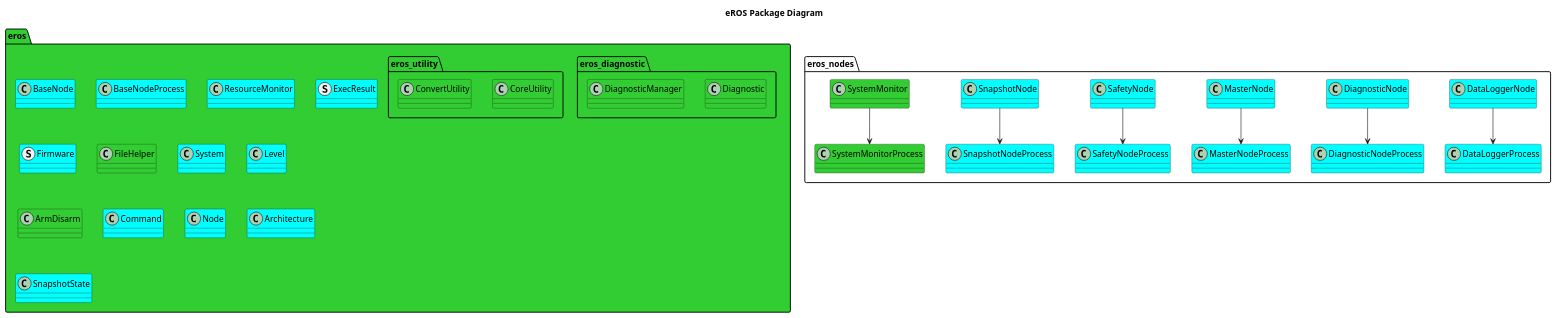
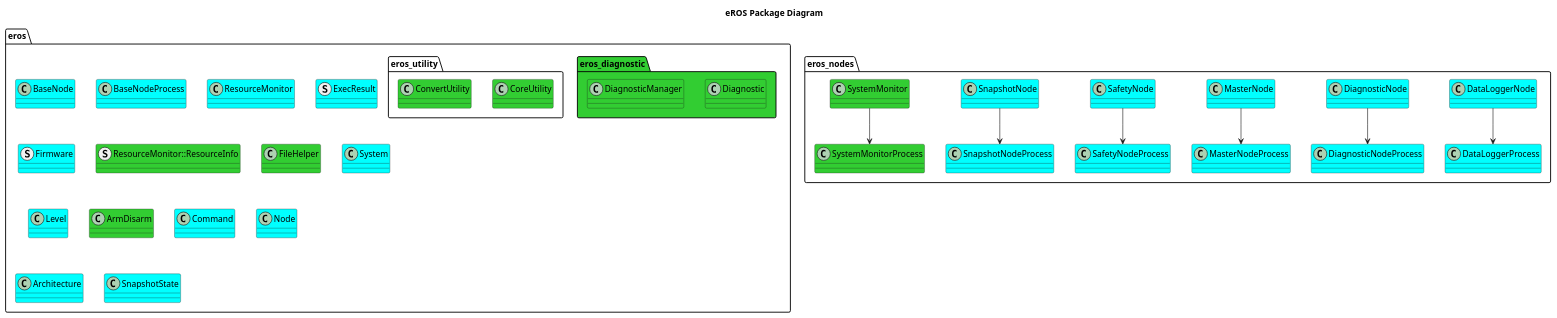
One commit to dgitz/eros changed the diagram in doc/EROSPackageDiagram.puml. Above: the diagram before and after it, drawn with PlantUML. The commit also changed 8 other files, not shown here.

```diff
--- a/doc/EROSPackageDiagram.puml
+++ b/doc/EROSPackageDiagram.puml
@@ -1,49 +1,49 @@
 @startuml
 title eROS Package Diagram
-package eros #LimeGreen {
+package eros {
     class BaseNode #Cyan
     class BaseNodeProcess #Cyan
-    
     class ResourceMonitor #Cyan
     struct ExecResult #Cyan
     struct Firmware #Cyan
+    struct ResourceMonitor::ResourceInfo #LimeGreen
     class FileHelper #LimeGreen
     class System #Cyan
     class Level #Cyan
     class ArmDisarm #LimeGreen
     class Command #Cyan
     class Node #Cyan
     class Architecture #Cyan
     class SnapshotState #Cyan
     namespace eros_diagnostic #LimeGreen {
         class Diagnostic #LimeGreen
         class DiagnosticManager #LimeGreen
     }
     namespace eros_utility {
         class CoreUtility #LimeGreen
         class ConvertUtility #LimeGreen
     }
 
 
 }
 package eros_nodes {
     class DataLoggerNode #Cyan
     class DataLoggerProcess #Cyan
     DataLoggerNode --> DataLoggerProcess
     class DiagnosticNode #Cyan
     class DiagnosticNodeProcess #Cyan
     DiagnosticNode --> DiagnosticNodeProcess
     class MasterNode #Cyan
     class MasterNodeProcess #Cyan
     MasterNode --> MasterNodeProcess
     class SafetyNode #Cyan
     class SafetyNodeProcess #Cyan
     SafetyNode --> SafetyNodeProcess
     class SnapshotNode #Cyan
     class SnapshotNodeProcess #Cyan
     SnapshotNode --> SnapshotNodeProcess
     class SystemMonitor #LimeGreen
     class SystemMonitorProcess #LimeGreen
     SystemMonitor --> SystemMonitorProcess
 }
 @enduml
```
